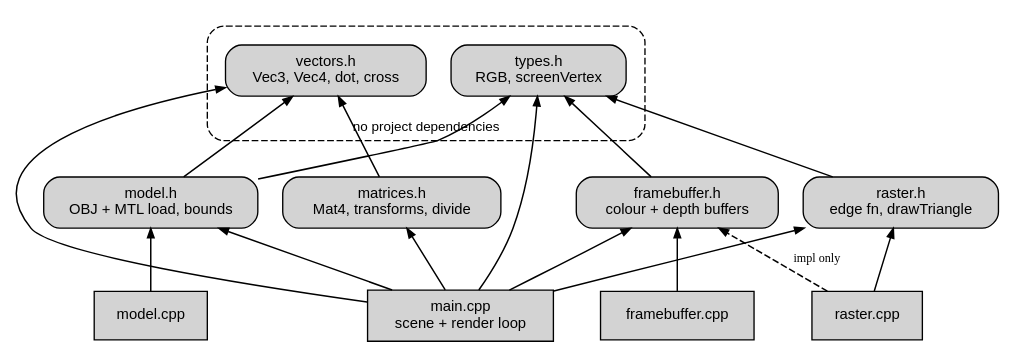
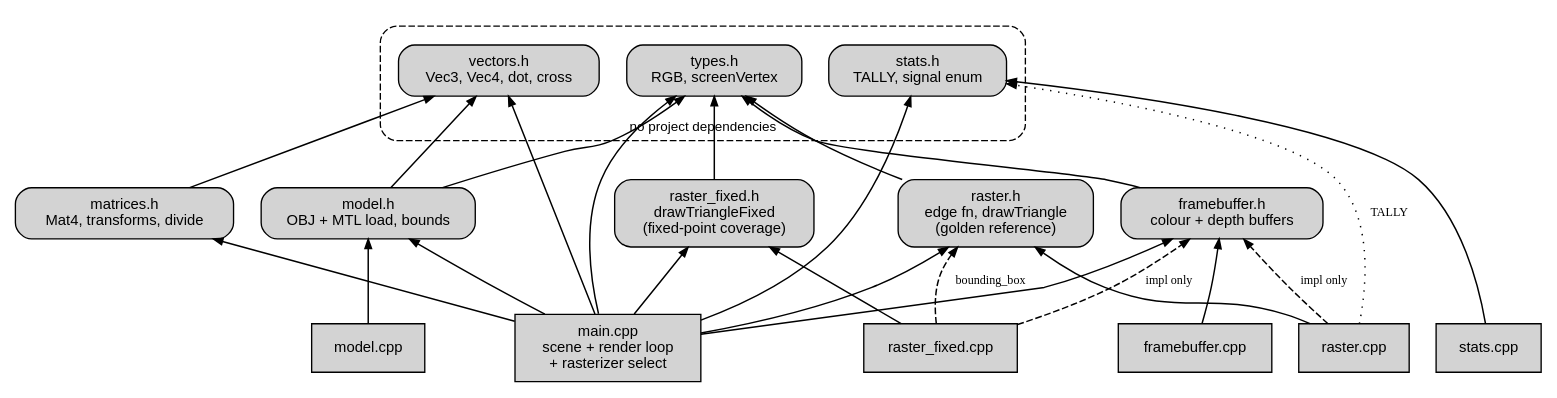
The diagram in Media/Graphs/include_graph.dot (Hrishikesh-Acharyya/Rasterizer_Simulator), drawn with Graphviz before and after one commit. The commit also changed 11 other files, not shown here.

```diff
--- a/Media/Graphs/include_graph.dot
+++ b/Media/Graphs/include_graph.dot
@@ -1,57 +1,99 @@
 /*
  * Module include graph. An arrow from A to B reads "A includes B".
+ *
+ * Every edge here is a real #include of a project header, read off the sources
+ * rather than drawn from memory. System headers are not shown.
  *
  * Rendered to PNG by `make graphs`; the theme colours are supplied on the dot
  * command line rather than set here, so one source produces both the light and
  * the dark variant the README switches between.
  */
 digraph include_graph {
     rankdir = BT;
     fontname = "Helvetica";
+    nodesep = 0.28;
+    ranksep = 0.55;
+    splines = true;
     node [shape=box, style="filled,rounded", fontname="Helvetica", fontsize=11,
           margin="0.18,0.10"];
     edge [arrowsize=0.7, penwidth=1.1];
 
-    /* Bottom of the graph: these include nothing from the project. */
+    /* Bottom of the graph: these include nothing from the project.
+       stats.h sits here too -- the instrument depends on no pipeline type,
+       which is what lets any stage include it without creating a cycle. */
     subgraph cluster_base {
         label = "no project dependencies";
         labelloc = "t";
         margin = 14;
         fontsize = 10;
         style = "rounded,dashed";
         vectors [label="vectors.h\nVec3, Vec4, dot, cross"];
         types   [label="types.h\nRGB, screenVertex"];
+        stats_h [label="stats.h\nTALLY, signal enum"];
     }
 
     matrices    [label="matrices.h\nMat4, transforms, divide"];
     model_h     [label="model.h\nOBJ + MTL load, bounds"];
     framebuf_h  [label="framebuffer.h\ncolour + depth buffers"];
-    raster_h    [label="raster.h\nedge fn, drawTriangle"];
+    raster_h    [label="raster.h\nedge fn, drawTriangle\n(golden reference)"];
+    rfixed_h    [label="raster_fixed.h\ndrawTriangleFixed\n(fixed-point coverage)"];
 
-    main        [label="main.cpp\nscene + render loop", shape=box, style="filled"];
+    main        [label="main.cpp\nscene + render loop\n+ rasterizer select", shape=box, style="filled"];
     raster_c    [label="raster.cpp", shape=box, style="filled"];
+    rfixed_c    [label="raster_fixed.cpp", shape=box, style="filled"];
     model_c     [label="model.cpp", shape=box, style="filled"];
     framebuf_c  [label="framebuffer.cpp", shape=box, style="filled"];
+    stats_c     [label="stats.cpp", shape=box, style="filled"];
 
+    /* Pin the two .cpp rows so each implementation sits near its own header
+       instead of being placed wherever the layout finds room. */
+    { rank = same; model_c; framebuf_c; main; raster_c; rfixed_c; stats_c; }
+
+    /* Headers on headers. */
     matrices   -> vectors;
     model_h    -> vectors;
     model_h    -> types;      /* RGB, for the material palette */
     framebuf_h -> types;
     raster_h   -> types;
+    rfixed_h   -> types;      /* the snapped xi/yi live on screenVertex */
 
+    /* main.cpp is the only translation unit that sees the whole pipeline:
+       it owns the scene, so it includes every stage it drives. */
     main -> vectors;
     main -> matrices;
     main -> types;
     main -> framebuf_h;
     main -> raster_h;
+    main -> rfixed_h;
     main -> model_h;
+    main -> stats_h;
 
+    /* Each implementation on its own header. */
     raster_c   -> raster_h;
+    rfixed_c   -> rfixed_h;
     model_c    -> model_h;
     framebuf_c -> framebuf_h;
+    stats_c    -> stats_h;
 
-    /* The one edge that exists only in the implementation: raster.h does not
-       include framebuffer.h, so a caller of drawTriangle does not inherit the
-       global buffers. raster.cpp does, because it writes to them. */
+    /* Edges that exist only in the implementations. raster.h deliberately does
+       not include framebuffer.h, so a caller of drawTriangle does not inherit
+       the global buffers; the .cpp files do, because they write to them. */
     raster_c -> framebuf_h [style=dashed, label="  impl only", fontsize=9];
+    rfixed_c -> framebuf_h [style=dashed, label="  impl only", fontsize=9];
+
+    /* The fixed path reuses the reference's bounding box rather than copying
+       it. Only COVERAGE is reimplemented in fixed point; everything around it
+       is shared or copied verbatim, so any pixel that differs is a coverage
+       decision and nothing else. */
+    rfixed_c -> raster_h [style=dashed, label="  bounding_box", fontsize=9];
+
+    /* Only the float reference is instrumented. The histograms size hardware
+       from the reference's dynamic range, so tallying the fixed path would
+       measure the thing being designed rather than the thing being matched. */
+    raster_c -> stats_h [style=dotted, label="  TALLY", fontsize=9];
+
+    /* tools/ppmdiff.cpp is deliberately absent: it includes no project header
+       at all, so it has no edge on an include graph. Its only contract with
+       the renderer is the PPM files on disk, which is what makes it a separate
+       program rather than another module. */
 }
```
